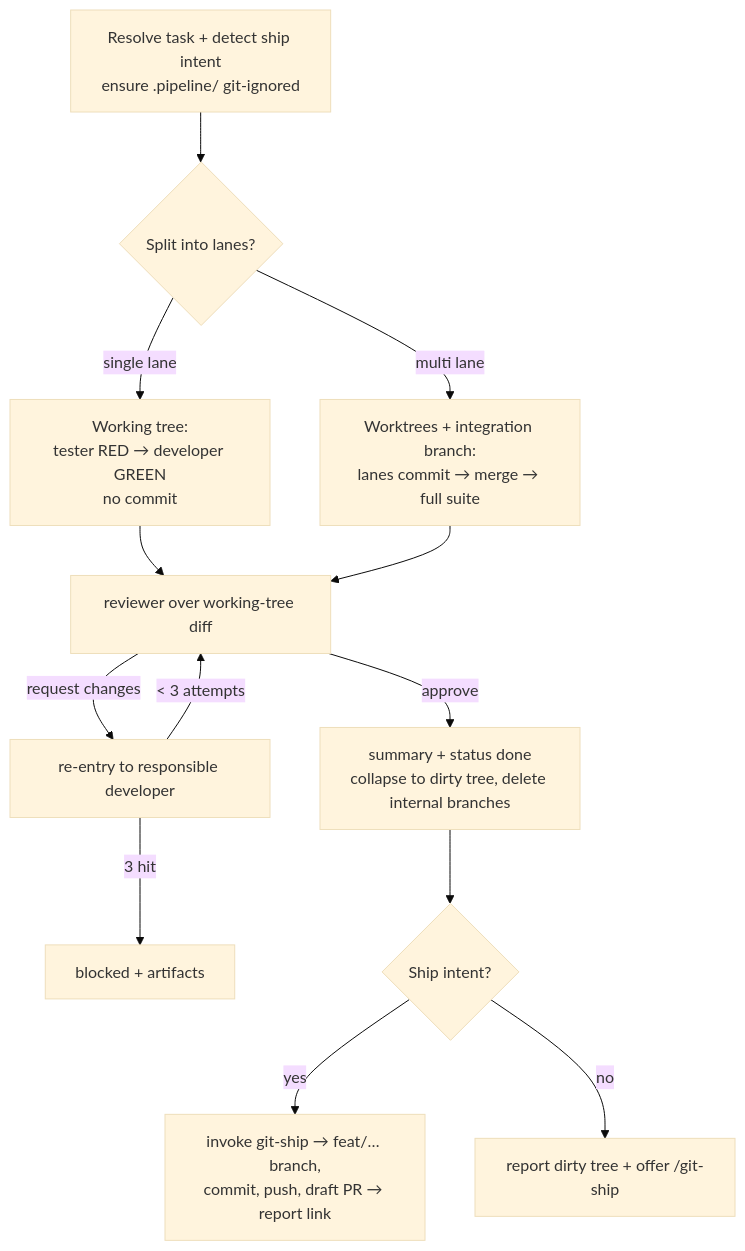
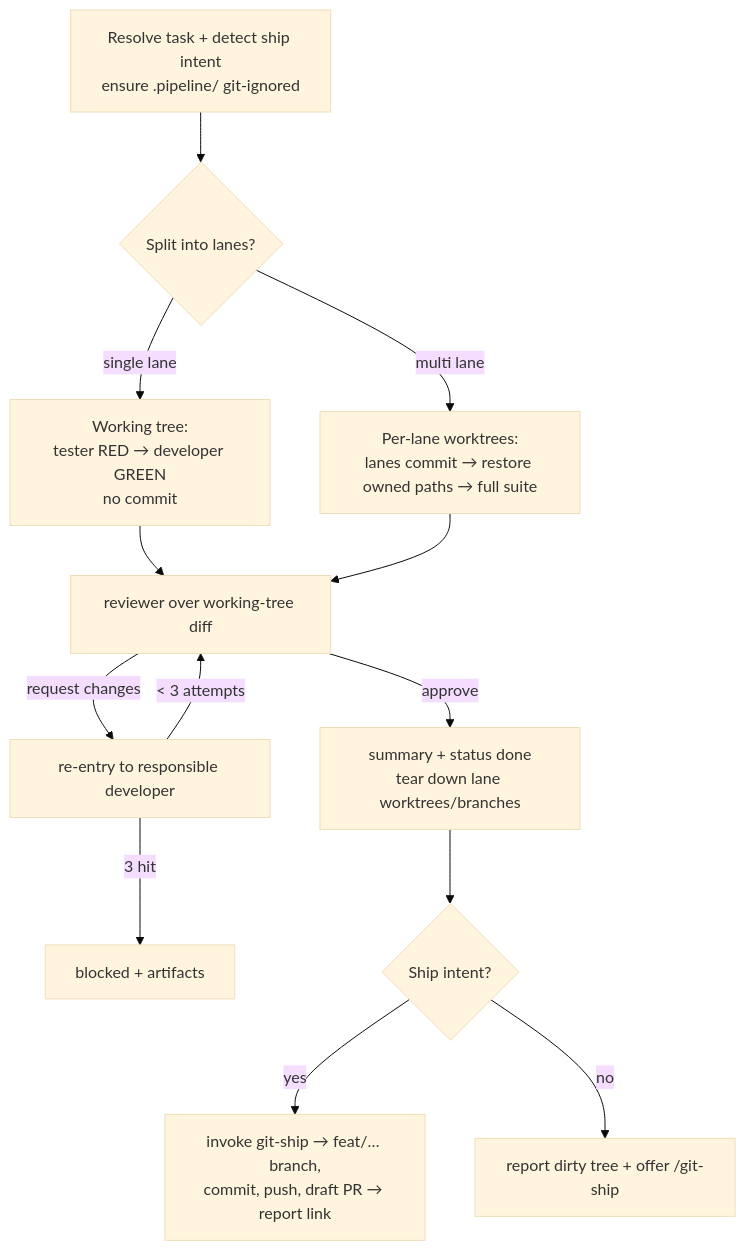
One commit to MelchenkoIvan/ai-toolkit-claude changed the diagram in plugins/workflows/skills/feature-pipeline/SKILL.md. Above: the diagram before and after it, drawn with Mermaid (base theme). The commit also changed other lines of this file, not shown here.

First line of the commit message:
fix(workflows): drop integration branch from multi-lane pipeline path

````diff
--- a/plugins/workflows/skills/feature-pipeline/SKILL.md
+++ b/plugins/workflows/skills/feature-pipeline/SKILL.md
@@ -245,15 +265,15 @@
 ```mermaid
 flowchart TD
     A[Resolve task + detect ship intent<br/>ensure .pipeline/ git-ignored] --> B{Split into lanes?}
     B -->|single lane| S[Working tree:<br/>tester RED → developer GREEN<br/>no commit]
-    B -->|multi lane| P[Worktrees + integration branch:<br/>lanes commit → merge → full suite]
+    B -->|multi lane| P[Per-lane worktrees:<br/>lanes commit → restore owned paths → full suite]
     S --> R[reviewer over working-tree diff]
     P --> R
     R -->|request changes| RT[re-entry to responsible developer]
     RT -->|< 3 attempts| R
     RT -->|3 hit| BL[blocked + artifacts]
-    R -->|approve| F[summary + status done<br/>collapse to dirty tree, delete internal branches]
+    R -->|approve| F[summary + status done<br/>tear down lane worktrees/branches]
     F --> I{Ship intent?}
     I -->|yes| G[invoke git-ship → feat/… branch,<br/>commit, push, draft PR → report link]
     I -->|no| O[report dirty tree + offer /git-ship]
 ```
````
